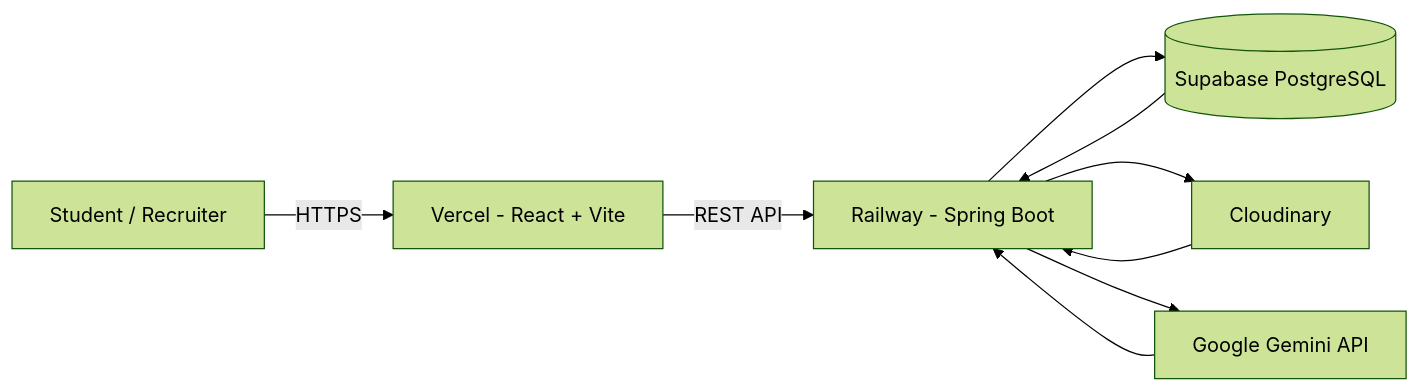
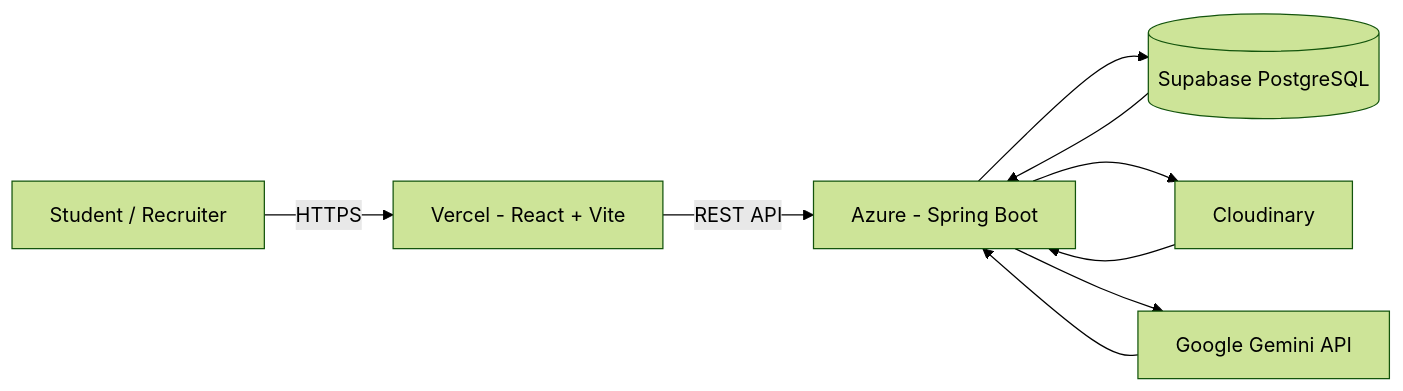
Before and after one commit to devsensei404/placement-portal: the diagram in README.md, drawn with Mermaid (forest theme). The commit also changed other lines of this file, not shown here.

````diff
--- a/README.md
+++ b/README.md
@@ -111,17 +110,17 @@
 ```mermaid
 flowchart LR
 
     User[Student / Recruiter]
 
     User -->|HTTPS| Frontend[Vercel - React + Vite]
 
-    Frontend -->|REST API| Backend[Railway - Spring Boot]
+    Frontend -->|REST API| Backend[Azure - Spring Boot]
 
     Backend --> Database[(Supabase PostgreSQL)]
     Backend --> Cloudinary[Cloudinary]
     Backend --> Gemini[Google Gemini API]
 
     Database --> Backend
     Cloudinary --> Backend
     Gemini --> Backend
 ```
````
